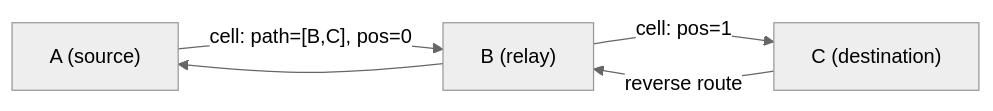
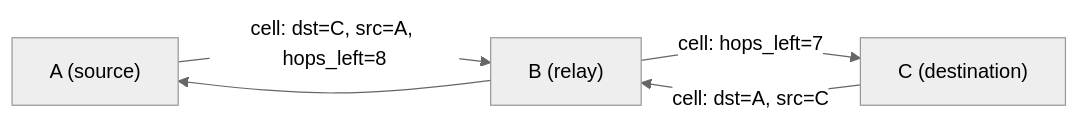
The ninth of 10 diagrams in docs/architecture.md (agent-habilis/habilis-network), drawn with Mermaid (neutral theme) before and after one commit. The commit also changed other lines of this file and 19 other files, not shown here.

````diff
--- a/docs/architecture.md
+++ b/docs/architecture.md
@@ -834,7 +835,7 @@
 ```mermaid
 flowchart LR
-    A["A (source)"] -->|"cell: path=[B,C], pos=0"| B["B (relay)"]
-    B -->|"cell: pos=1"| C["C (destination)"]
-    C -->|"reverse route"| B
+    A["A (source)"] -->|"cell: dst=C, src=A, hops_left=8"| B["B (relay)"]
+    B -->|"cell: hops_left=7"| C["C (destination)"]
+    C -->|"cell: dst=A, src=C"| B
     B --> A
 ```
````
